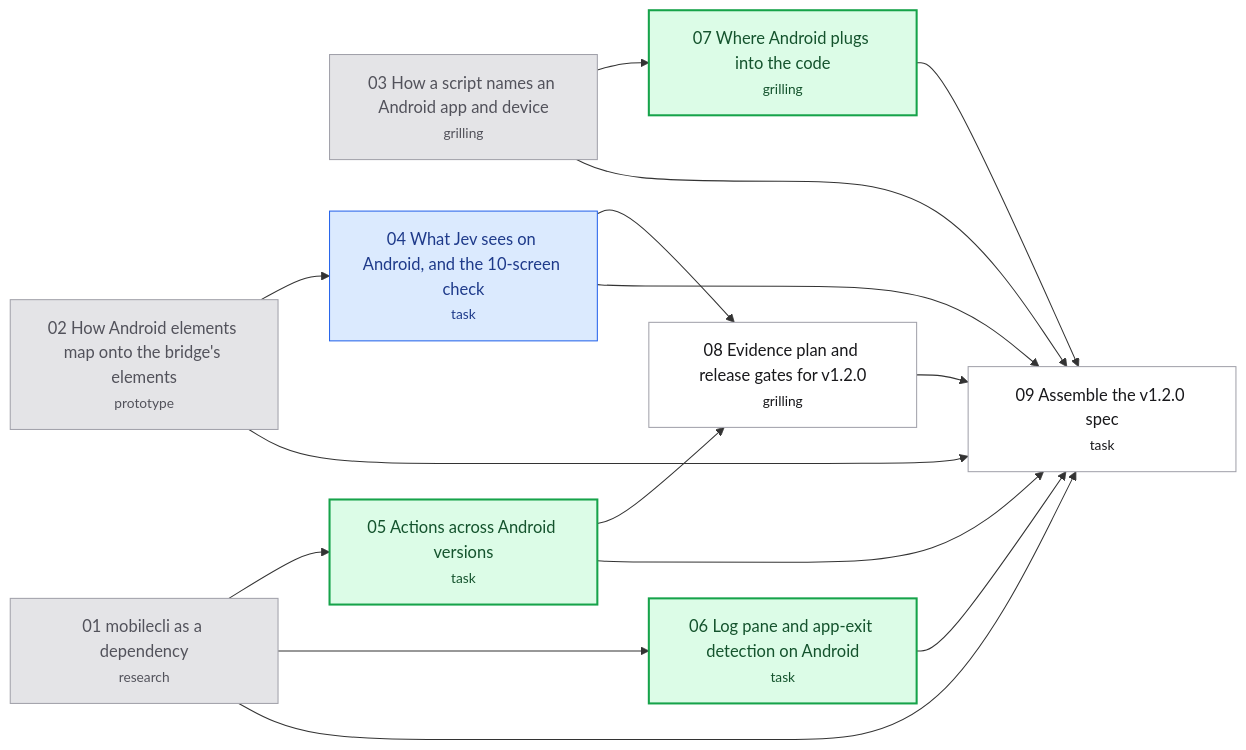
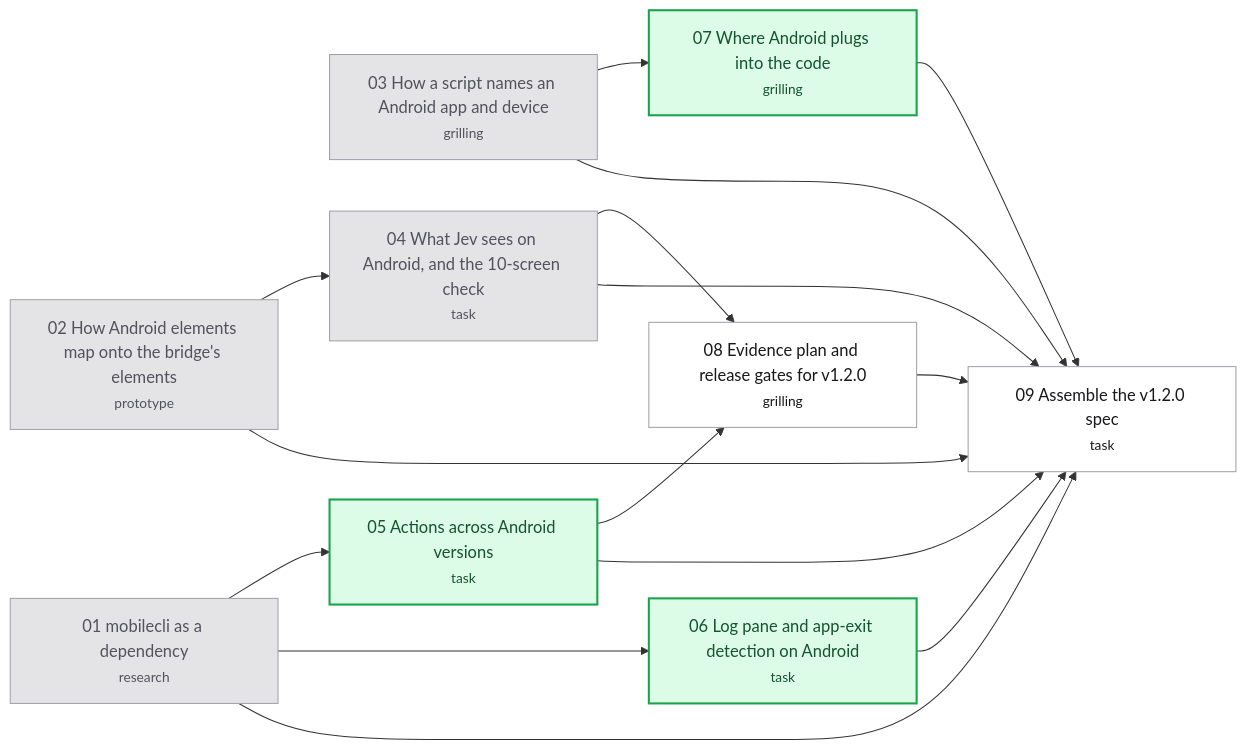
Before and after one commit to hugues-vnsgn/jev-ios-bridge: the diagram in .scratch/android-support/map.md, drawn with Mermaid. The commit also changed other lines of this file and 2 other files, not shown here.

````diff
--- a/.scratch/android-support/map.md
+++ b/.scratch/android-support/map.md
@@ -43,34 +44,33 @@
 ```mermaid
 flowchart LR
     T01["01 mobilecli as a dependency<br/><small>research</small>"]
     T02["02 How Android elements map onto the bridge's elements<br/><small>prototype</small>"]
     T03["03 How a script names an Android app and device<br/><small>grilling</small>"]
     T04["04 What Jev sees on Android, and the 10-screen check<br/><small>task</small>"]
     T05["05 Actions across Android versions<br/><small>task</small>"]
     T06["06 Log pane and app-exit detection on Android<br/><small>task</small>"]
     T07["07 Where Android plugs into the code<br/><small>grilling</small>"]
     T08["08 Evidence plan and release gates for v1.2.0<br/><small>grilling</small>"]
     T09["09 Assemble the v1.2.0 spec<br/><small>task</small>"]
     T02 --> T04
     T01 --> T05
     T01 --> T06
     T03 --> T07
     T04 --> T08
     T05 --> T08
     T01 --> T09
     T02 --> T09
     T03 --> T09
     T04 --> T09
     T05 --> T09
     T06 --> T09
     T07 --> T09
     T08 --> T09
     classDef resolved fill:#e4e4e7,stroke:#a1a1aa,color:#52525b
     classDef claimed fill:#dbeafe,stroke:#2563eb,color:#1e3a8a
     classDef frontier fill:#dcfce7,stroke:#16a34a,color:#14532d,stroke-width:2px
     classDef blocked fill:#ffffff,stroke:#a1a1aa,color:#18181b
-    class T01,T02,T03 resolved
-    class T04 claimed
+    class T01,T02,T03,T04 resolved
     class T05,T06,T07 frontier
     class T08,T09 blocked
 ```
````
